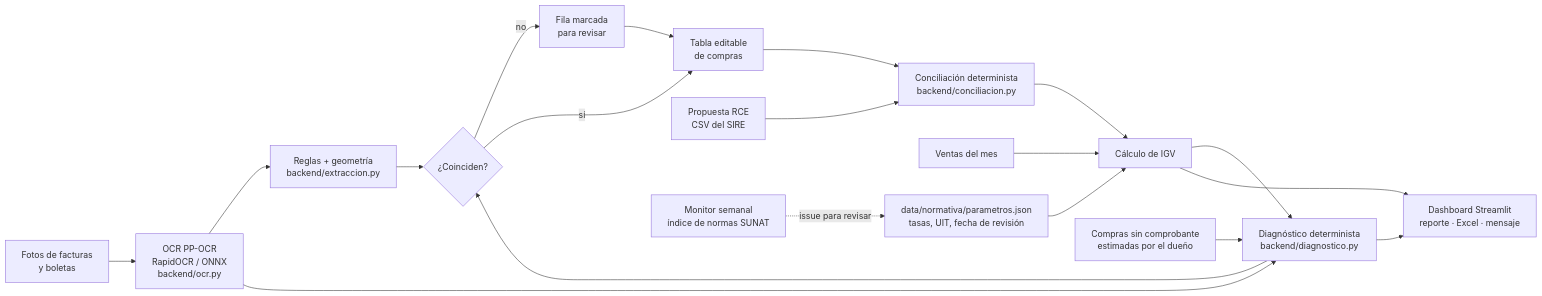
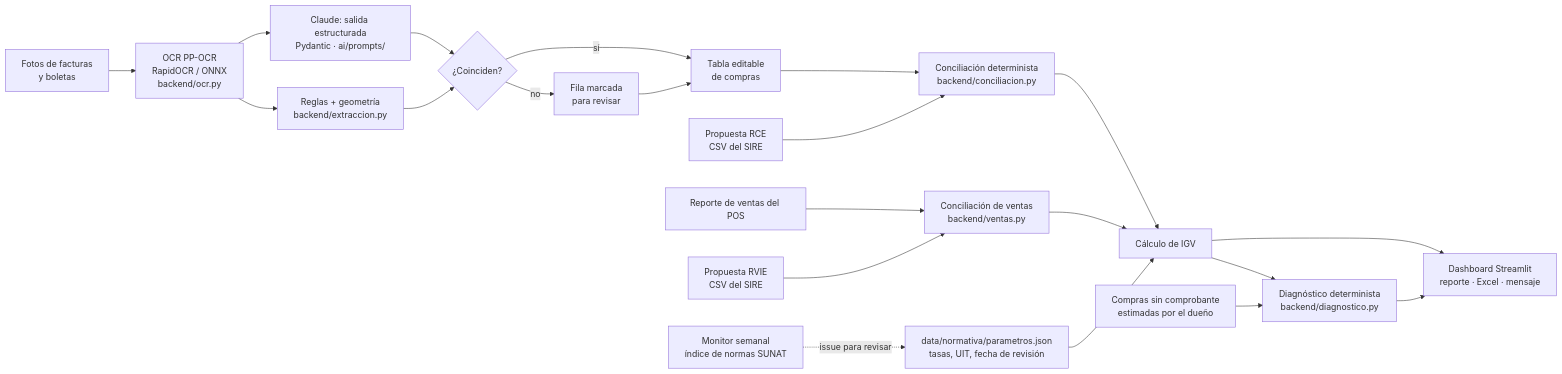
The diagram in README.md (BritneyMiranda/validasire), drawn with Mermaid before and after one commit. The commit also changed other lines of this file and 32 other files, not shown here.

First line of the commit message:
ValidaSire: rediseño con mascota, casos especiales, ventas (RVIE) y pestañas

````diff
--- a/README.md
+++ b/README.md
@@ -91,21 +97,23 @@
 ```mermaid
 flowchart LR
     A[Fotos de facturas<br/>y boletas] --> B[OCR PP-OCR<br/>RapidOCR / ONNX<br/>backend/ocr.py]
     B --> C[Reglas + geometría<br/>backend/extraccion.py]
     B --> D[Claude: salida estructurada<br/>Pydantic · ai/prompts/]
     C --> E{¿Coinciden?}
     D --> E
     E -- no --> F[Fila marcada<br/>para revisar]
     E -- sí --> G[Tabla editable<br/>de compras]
     F --> G
     H[Propuesta RCE<br/>CSV del SIRE] --> I[Conciliación determinista<br/>backend/conciliacion.py]
     G --> I
-    J[Ventas del mes] --> K[Cálculo de IGV]
+    J[Reporte de ventas del POS] --> V[Conciliación de ventas<br/>backend/ventas.py]
+    R[Propuesta RVIE<br/>CSV del SIRE] --> V
+    V --> K[Cálculo de IGV]
     I --> K
     P[data/normativa/parametros.json<br/>tasas, UIT, fecha de revisión] --> K
     S[Monitor semanal<br/>índice de normas SUNAT] -. issue para revisar .-> P
-    K --> D[Diagnóstico determinista<br/>backend/diagnostico.py]
-    N[Compras sin comprobante<br/>estimadas por el dueño] --> D
-    D --> L[Dashboard Streamlit<br/>reporte · Excel · mensaje]
+    K --> Dg[Diagnóstico determinista<br/>backend/diagnostico.py]
+    N[Compras sin comprobante<br/>estimadas por el dueño] --> Dg
+    Dg --> L[Dashboard Streamlit<br/>reporte · Excel · mensaje]
     K --> L
 ```
````
